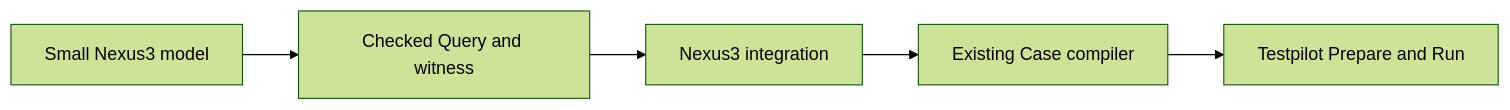
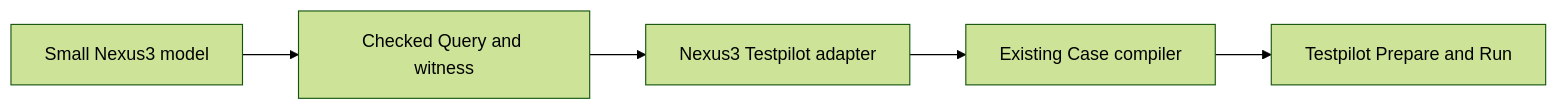
One commit to stephanos/temporal changed the diagram in .flow/specs/fn-68-minimal-nexus3-success-demonstration.md. Above: the diagram before and after it, drawn with Mermaid (forest theme). The commit also changed other lines of this file and 76 other files, not shown here.

````diff
--- a/.flow/specs/fn-68-minimal-nexus3-success-demonstration.md
+++ b/.flow/specs/fn-68-minimal-nexus3-success-demonstration.md
@@ -17,7 +17,7 @@
 ```mermaid
 flowchart LR
   N[Small Nexus3 model] --> Q[Checked Query and witness]
-  Q --> I[Nexus3 integration]
+  Q --> I[Nexus3 Testpilot adapter]
   I --> C[Existing Case compiler]
   C --> R[Testpilot Prepare and Run]
 ```
````
